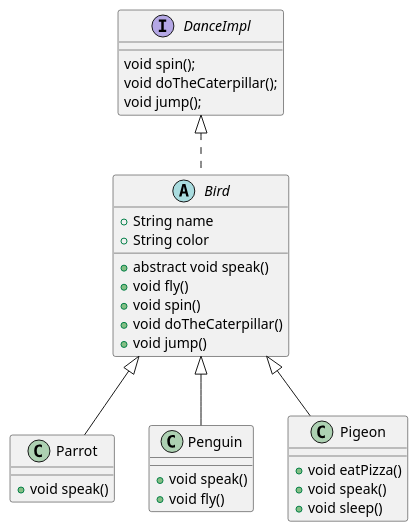
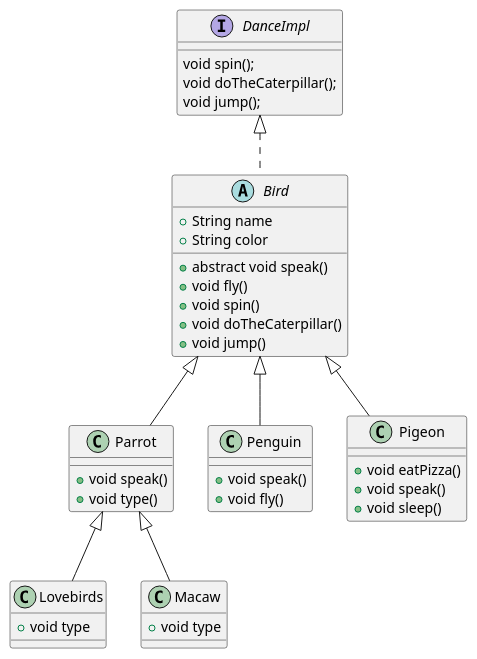
One commit to MayaVs/Birds changed the diagram in Bird.puml. Above: the diagram before and after it, drawn with PlantUML. The commit also changed 8 other files, not shown here.

Commit message:
Added 2 classes that inherit Parrot class Updated the UML diagram Played with methods calling the super

```diff
--- a/Bird.puml
+++ b/Bird.puml
@@ -1,34 +1,43 @@
 @startuml
 
 interface DanceImpl
 DanceImpl : void spin();
 DanceImpl : void doTheCaterpillar();
 DanceImpl : void jump();
 
 
 abstract class Bird
 DanceImpl <|.. Bird
 Bird : + String name
 Bird : + String color
 Bird : + abstract void speak()
 Bird : + void fly()
 Bird : + void spin()
 Bird : + void doTheCaterpillar()
 Bird : + void jump()
 
 class Parrot
 Bird <|-- Parrot
 Parrot : + void speak()
+Parrot : + void type()
+
+class Lovebirds
+Parrot <|-- Lovebirds
+Lovebirds : + void type
+
+class Macaw
+Parrot <|-- Macaw
+Macaw : + void type
 
 class Penguin
 Bird <|-- Penguin
 Penguin : + void speak()
 Penguin : + void fly()
 
 class Pigeon
 Bird <|-- Pigeon
 Pigeon : + void eatPizza()
 Pigeon : + void speak()
 Pigeon : + void sleep()
 
 @enduml
```
